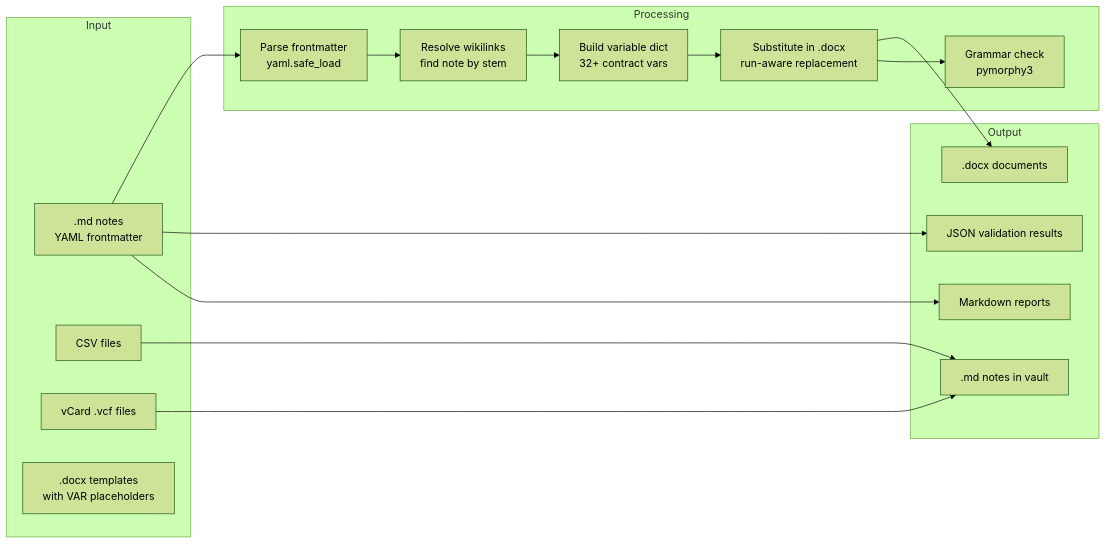
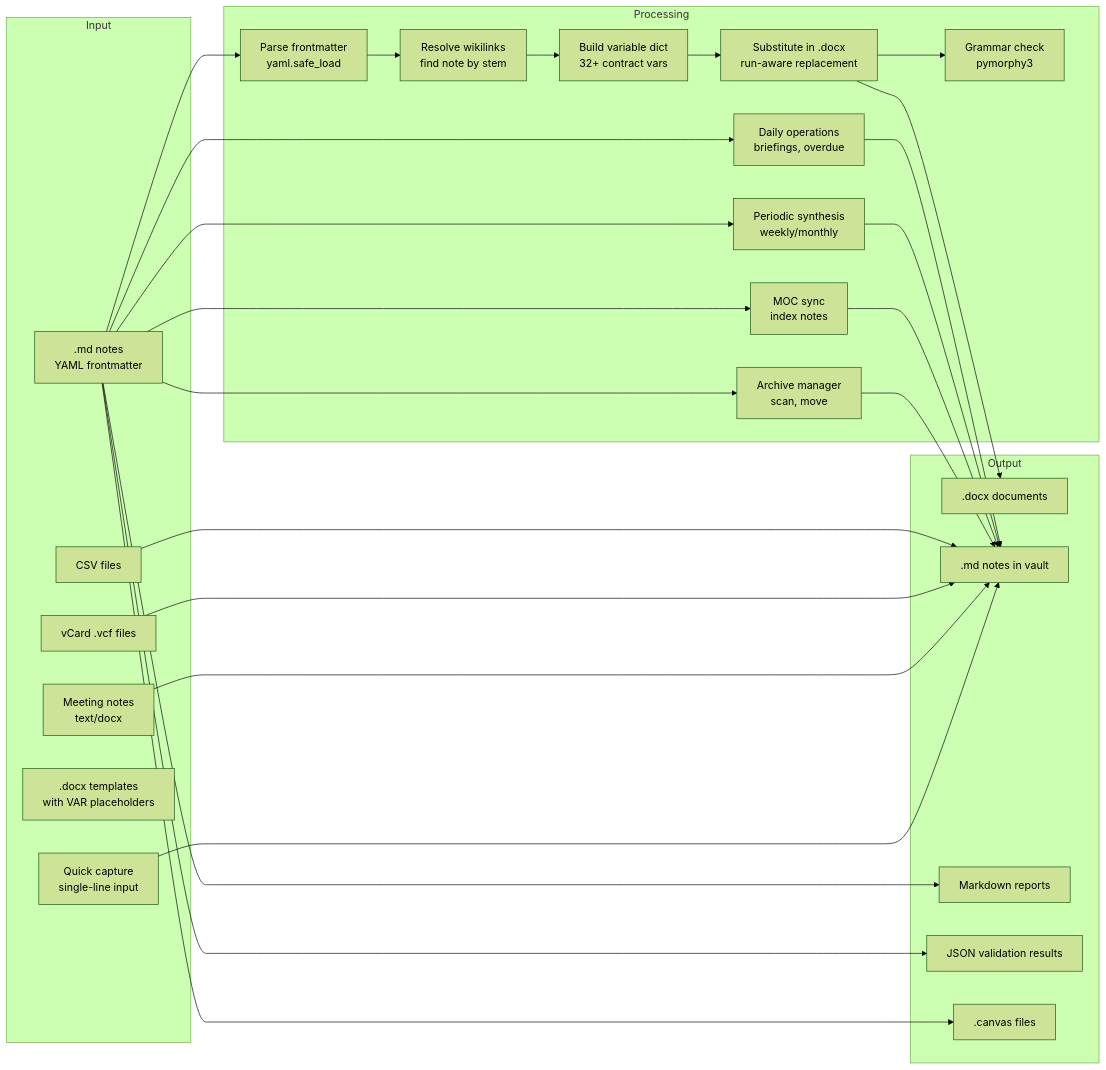
Before and after one commit to netsvvirusa-create/obsidian-company-kb: the second of 2 diagrams in docs/ARCHITECTURE.md, drawn with Mermaid (forest theme). The commit also changed other lines of this file and 10 other files, not shown here.

````diff
--- a/docs/ARCHITECTURE.md
+++ b/docs/ARCHITECTURE.md
@@ -24,31 +24,45 @@
 ```mermaid
 flowchart LR
     subgraph Input
         MD[.md notes<br/>YAML frontmatter]
         CSV[CSV files]
         VCF[vCard .vcf files]
+        MTG[Meeting notes<br/>text/docx]
         TPL[.docx templates<br/>with VAR placeholders]
+        QCAP[Quick capture<br/>single-line input]
     end
 
     subgraph Processing
         PARSE[Parse frontmatter<br/>yaml.safe_load]
         RESOLVE[Resolve wikilinks<br/>find note by stem]
         BUILD[Build variable dict<br/>32+ contract vars]
         SUBST[Substitute in .docx<br/>run-aware replacement]
         GRAMMAR[Grammar check<br/>pymorphy3]
+        DAILY[Daily operations<br/>briefings, overdue]
+        SYNTH[Periodic synthesis<br/>weekly/monthly]
+        MOCSY[MOC sync<br/>index notes]
+        ARCHV[Archive manager<br/>scan, move]
     end
 
     subgraph Output
         DOCX[.docx documents]
         NOTES[.md notes in vault]
         REPORTS[Markdown reports]
         JSON[JSON validation results]
+        CANVAS[.canvas files]
     end
 
     MD --> PARSE --> RESOLVE --> BUILD --> SUBST --> DOCX
     SUBST --> GRAMMAR
     CSV --> NOTES
     VCF --> NOTES
+    MTG --> NOTES
+    QCAP --> NOTES
     MD --> JSON
     MD --> REPORTS
+    MD --> DAILY --> NOTES
+    MD --> SYNTH --> NOTES
+    MD --> MOCSY --> NOTES
+    MD --> ARCHV --> NOTES
+    MD --> CANVAS
 ```
````
